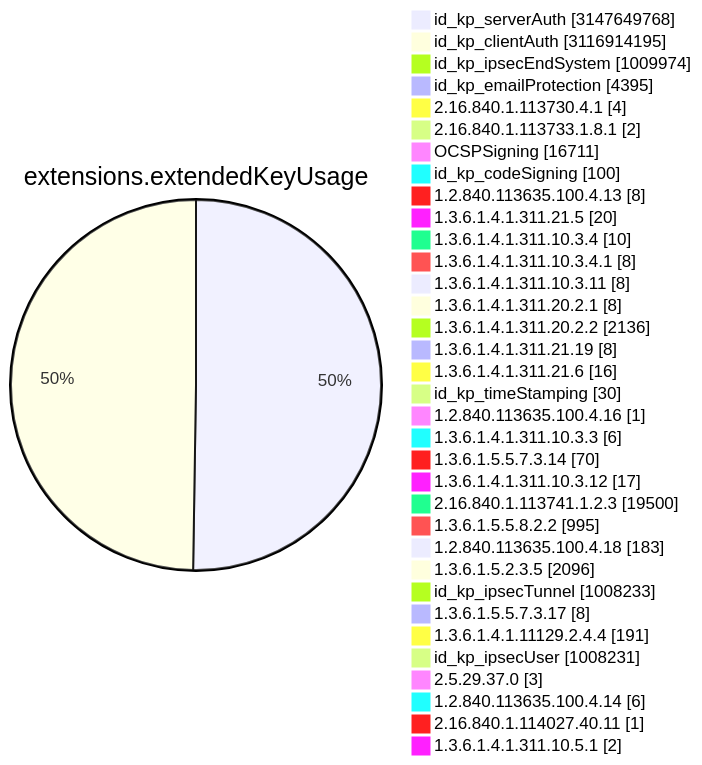
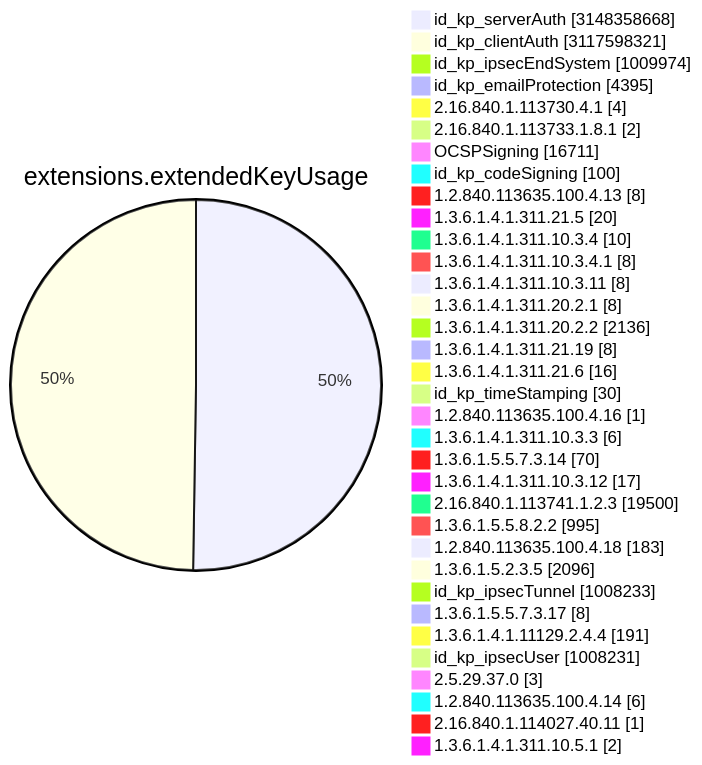
Diagram 11 of 15 in TOTAL/README.md (christiankrug/ctmonitor_visualization), drawn with Mermaid before and after one commit. The commit also changed other lines of this file, not shown here.

````diff
--- a/TOTAL/README.md
+++ b/TOTAL/README.md
@@ -4119,38 +4119,38 @@
 ```mermaid
 pie showData
 title extensions.extendedKeyUsage
-"id_kp_serverAuth" :3147649768
-"id_kp_clientAuth" :3116914195
+"id_kp_serverAuth" :3148358668
+"id_kp_clientAuth" :3117598321
 "id_kp_ipsecEndSystem" :1009974
 "id_kp_emailProtection" :4395
 "2.16.840.1.113730.4.1" :4
 "2.16.840.1.113733.1.8.1" :2
 "OCSPSigning" :16711
 "id_kp_codeSigning" :100
 "1.2.840.113635.100.4.13" :8
 "1.3.6.1.4.1.311.21.5" :20
 "1.3.6.1.4.1.311.10.3.4" :10
 "1.3.6.1.4.1.311.10.3.4.1" :8
 "1.3.6.1.4.1.311.10.3.11" :8
 "1.3.6.1.4.1.311.20.2.1" :8
 "1.3.6.1.4.1.311.20.2.2" :2136
 "1.3.6.1.4.1.311.21.19" :8
 "1.3.6.1.4.1.311.21.6" :16
 "id_kp_timeStamping" :30
 "1.2.840.113635.100.4.16" :1
 "1.3.6.1.4.1.311.10.3.3" :6
 "1.3.6.1.5.5.7.3.14" :70
 "1.3.6.1.4.1.311.10.3.12" :17
 "2.16.840.1.113741.1.2.3" :19500
 "1.3.6.1.5.5.8.2.2" :995
 "1.2.840.113635.100.4.18" :183
 "1.3.6.1.5.2.3.5" :2096
 "id_kp_ipsecTunnel" :1008233
 "1.3.6.1.5.5.7.3.17" :8
 "1.3.6.1.4.1.11129.2.4.4" :191
 "id_kp_ipsecUser" :1008231
 "2.5.29.37.0" :3
 "1.2.840.113635.100.4.14" :6
 "2.16.840.1.114027.40.11" :1
 "1.3.6.1.4.1.311.10.5.1" :2
 ```
````
